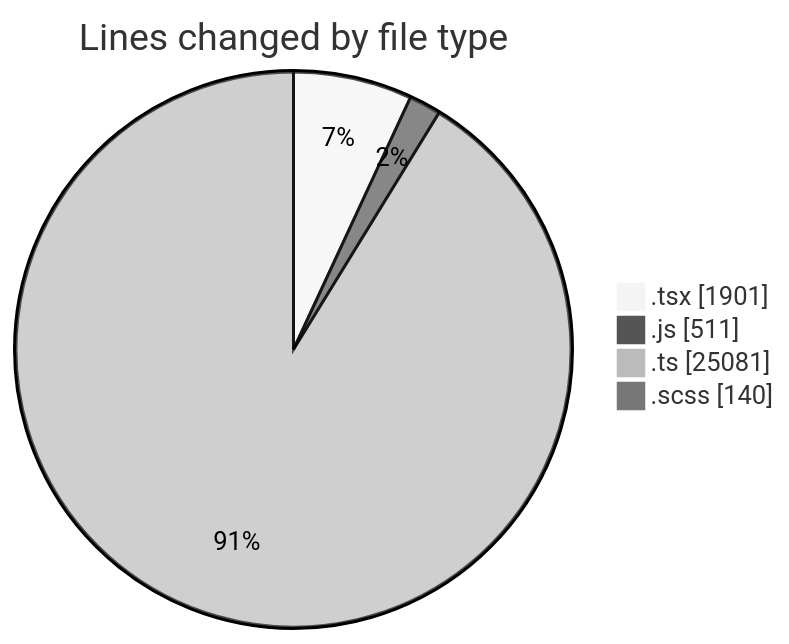
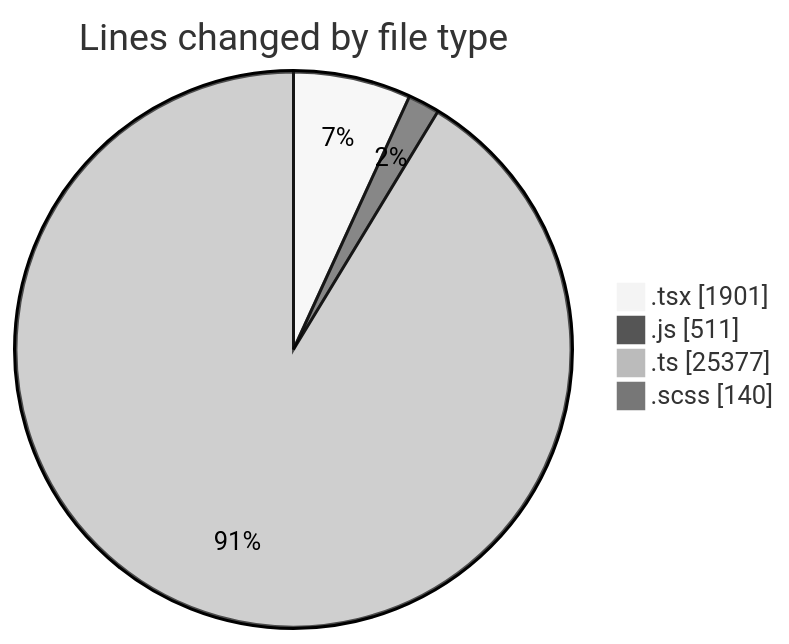
The first of 2 diagrams in 2025-06-30/cda/README.md (momahboobian/code-tracking), drawn with Mermaid (neutral theme) before and after one commit. The commit also changed other lines of this file and 1 other file, not shown here.

````diff
--- a/2025-06-30/cda/README.md
+++ b/2025-06-30/cda/README.md
@@ -39,8 +39,8 @@
 ```mermaid
 pie showData
 title Lines changed by file type
 ".tsx" : 1901
 ".js" : 511
-".ts" : 25081
+".ts" : 25377
 ".scss" : 140
 ```
````
